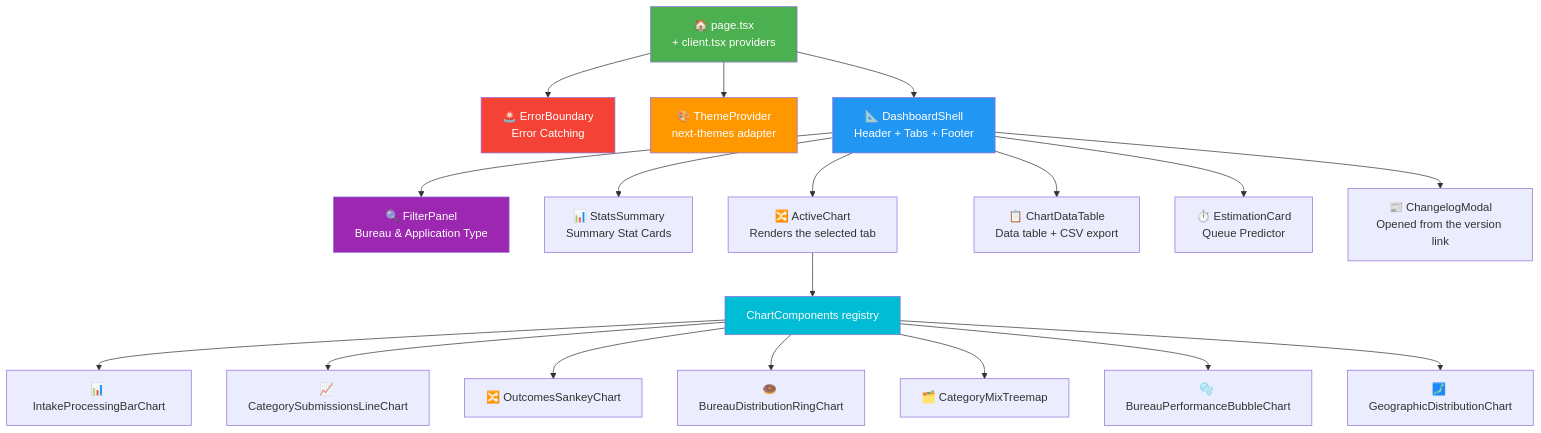
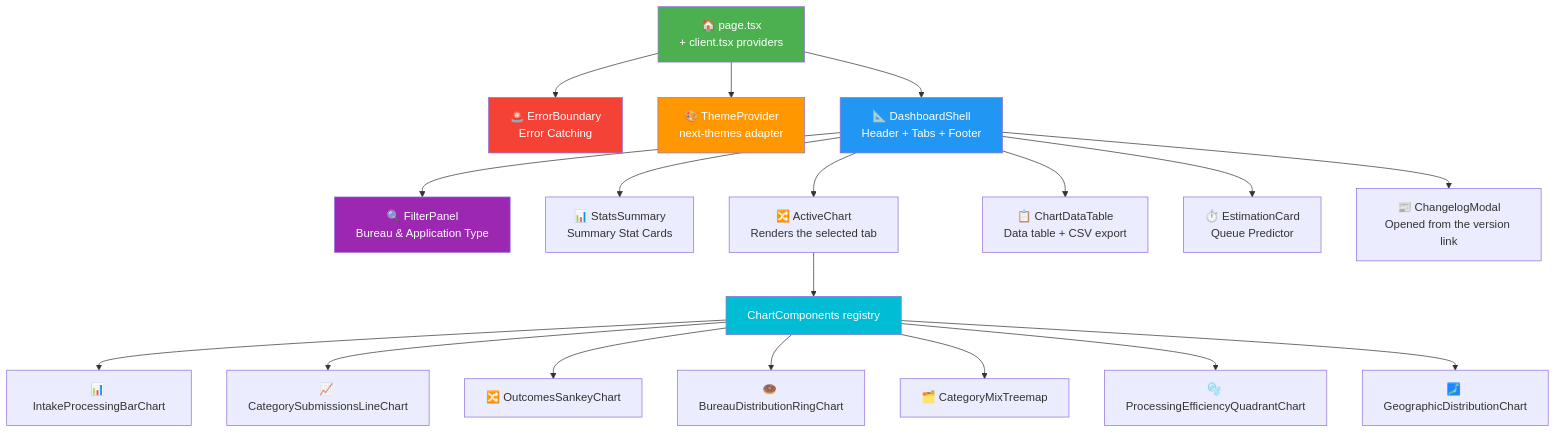
One commit to RetroHazard/JP_Immigration_Dashboard changed the sixth of 16 diagrams in ARCHITECTURE.md. Above: the diagram before and after it, drawn with Mermaid. The commit also changed other lines of this file and 13 other files, not shown here.

````diff
--- a/ARCHITECTURE.md
+++ b/ARCHITECTURE.md
@@ -174,31 +174,31 @@
 ```mermaid
 graph TD
     APP["🏠 page.tsx<br/>+ client.tsx providers"]
     
     APP --> ERROR["🚨 ErrorBoundary<br/>Error Catching"]
     APP --> THEME["🎨 ThemeProvider<br/>next-themes adapter"]
     APP --> SHELL["📐 DashboardShell<br/>Header + Tabs + Footer"]
     
     SHELL --> FILTER["🔍 FilterPanel<br/>Bureau & Application Type"]
     SHELL --> STATS["📊 StatsSummary<br/>Summary Stat Cards"]
     SHELL --> ACTIVE["🔀 ActiveChart<br/>Renders the selected tab"]
     SHELL --> TABLE["📋 ChartDataTable<br/>Data table + CSV export"]
     SHELL --> ESTIMATOR["⏱️ EstimationCard<br/>Queue Predictor"]
     SHELL --> CHANGELOG["📰 ChangelogModal<br/>Opened from the version link"]
     
     ACTIVE --> CHARTS["ChartComponents registry"]
     CHARTS --> INTAKE["📊 IntakeProcessingBarChart"]
     CHARTS --> TYPES["📈 CategorySubmissionsLineChart"]
     CHARTS --> OUTCOMES["🔀 OutcomesSankeyChart"]
     CHARTS --> SHARE["🍩 BureauDistributionRingChart"]
     CHARTS --> MIX["🗂️ CategoryMixTreemap"]
-    CHARTS --> EFFICIENCY["🫧 BureauPerformanceBubbleChart"]
+    CHARTS --> EFFICIENCY["🫧 ProcessingEfficiencyQuadrantChart"]
     CHARTS --> MAP["🗾 GeographicDistributionChart"]
     
     style APP fill:#4CAF50,color:#fff
     style SHELL fill:#2196F3,color:#fff
     style ERROR fill:#F44336,color:#fff
     style THEME fill:#FF9800,color:#fff
     style FILTER fill:#9C27B0,color:#fff
     style CHARTS fill:#00BCD4,color:#fff
 ```
````
